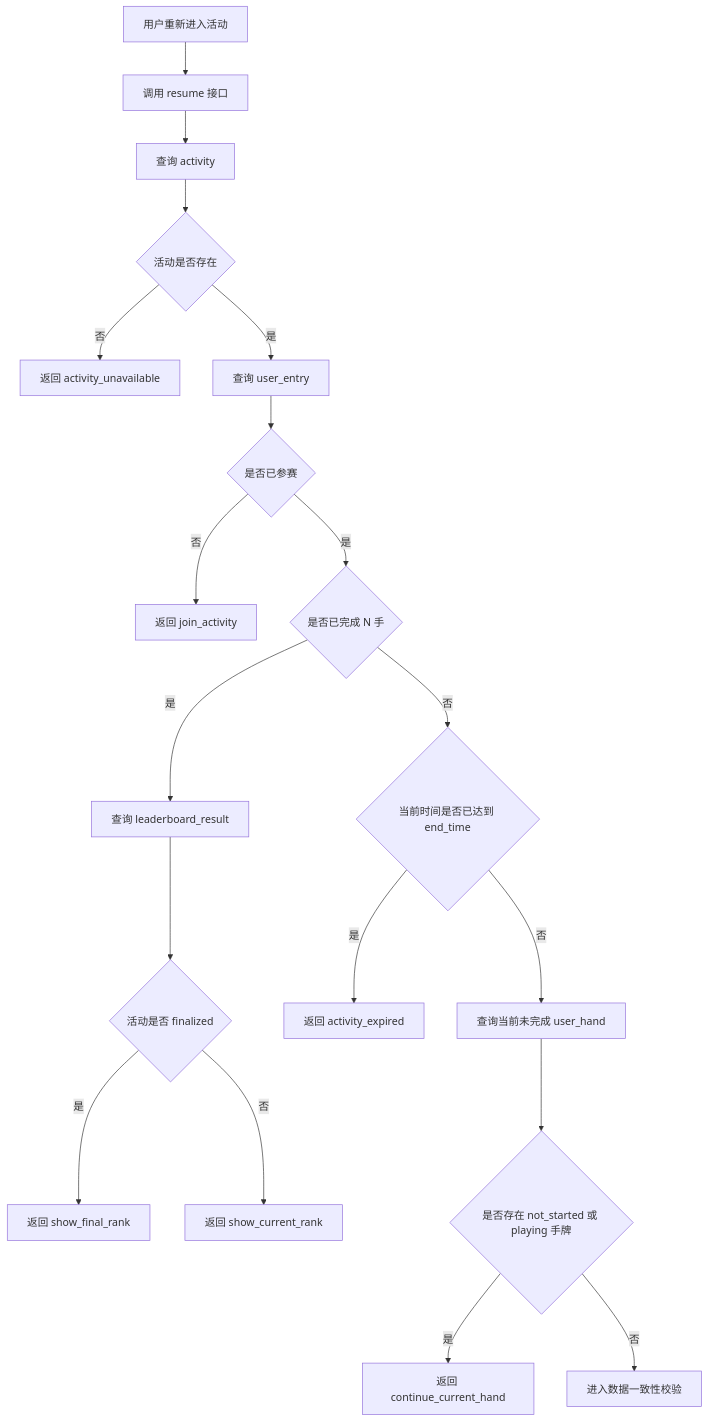
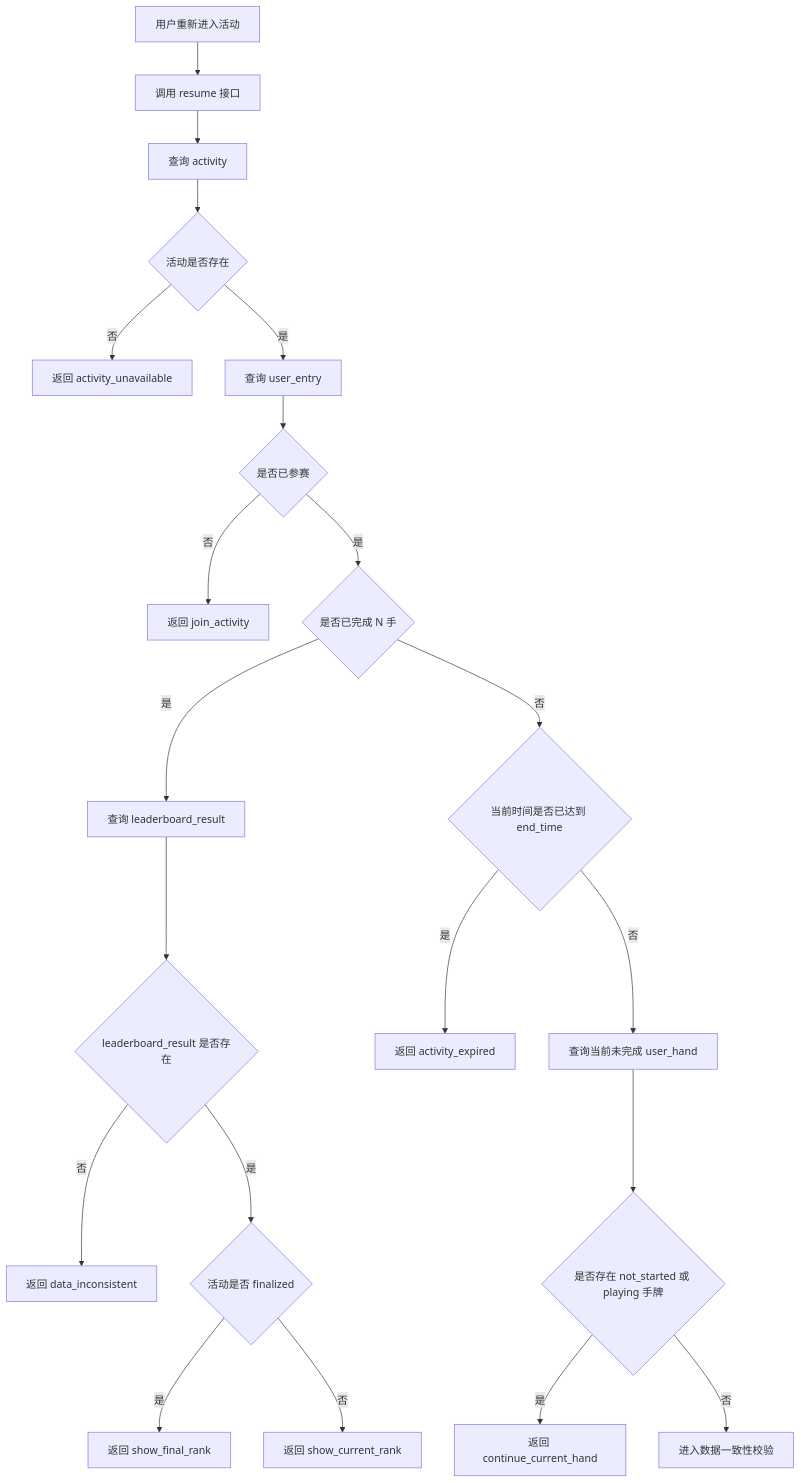
The second of 9 diagrams in docs/复述扑克/评审/03-复式扑克 PvE 排名赛 7.15 研发设计文档-详细版.md (zdl20251023-pixel/agent-frame), drawn with Mermaid before and after one commit. The commit also changed other lines of this file, not shown here.

````diff
--- a/docs/复述扑克/评审/03-复式扑克 PvE 排名赛 7.15 研发设计文档-详细版.md
+++ b/docs/复述扑克/评审/03-复式扑克 PvE 排名赛 7.15 研发设计文档-详细版.md
@@ -146,26 +155,28 @@
 ```mermaid
 flowchart TD
     A[用户重新进入活动] --> B[调用 resume 接口]
     B --> C[查询 activity]
 
     C --> D{活动是否存在}
     D -- 否 --> D1[返回 activity_unavailable]
     D -- 是 --> E[查询 user_entry]
 
     E --> F{是否已参赛}
     F -- 否 --> F1[返回 join_activity]
     F -- 是 --> G{是否已完成 N 手}
 
     G -- 是 --> H[查询 leaderboard_result]
-    H --> I{活动是否 finalized}
+    H --> H0{leaderboard_result 是否存在}
+    H0 -- 否 --> H01[返回 data_inconsistent]
+    H0 -- 是 --> I{活动是否 finalized}
     I -- 是 --> I1[返回 show_final_rank]
     I -- 否 --> I2[返回 show_current_rank]
 
     G -- 否 --> J{当前时间是否已达到 end_time}
     J -- 是 --> J1[返回 activity_expired]
     J -- 否 --> K[查询当前未完成 user_hand]
 
     K --> L{是否存在 not_started 或 playing 手牌}
     L -- 是 --> L1[返回 continue_current_hand]
     L -- 否 --> M[进入数据一致性校验]
 ```
````
